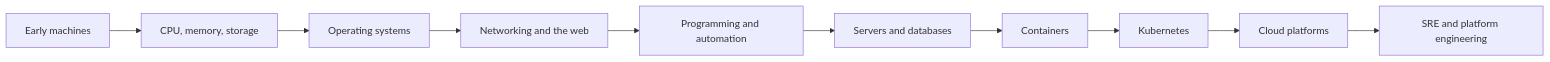
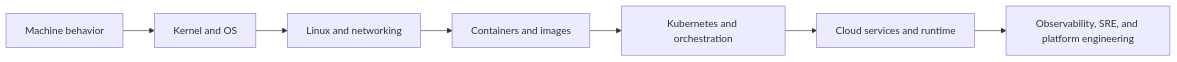
One commit to Goutham4OS/Devops changed the diagram in 00-foundations/from-computers-to-cloud.md. Above: the diagram before and after it, drawn with Mermaid. The commit also changed other lines of this file and 15 other files, not shown here.

````diff
--- a/00-foundations/from-computers-to-cloud.md
+++ b/00-foundations/from-computers-to-cloud.md
@@ -11,12 +31,9 @@
 ```mermaid
 flowchart LR
-    A[Early machines] --> B[CPU, memory, storage]
-    B --> C[Operating systems]
-    C --> D[Networking and the web]
-    D --> E[Programming and automation]
-    E --> F[Servers and databases]
-    F --> G[Containers]
-    G --> H[Kubernetes]
-    H --> I[Cloud platforms]
-    I --> J[SRE and platform engineering]
+  A[Machine behavior] --> B[Kernel and OS]
+  B --> C[Linux and networking]
+  C --> D[Containers and images]
+  D --> E[Kubernetes and orchestration]
+  E --> F[Cloud services and runtime]
+  F --> G[Observability, SRE, and platform engineering]
 ```
````
